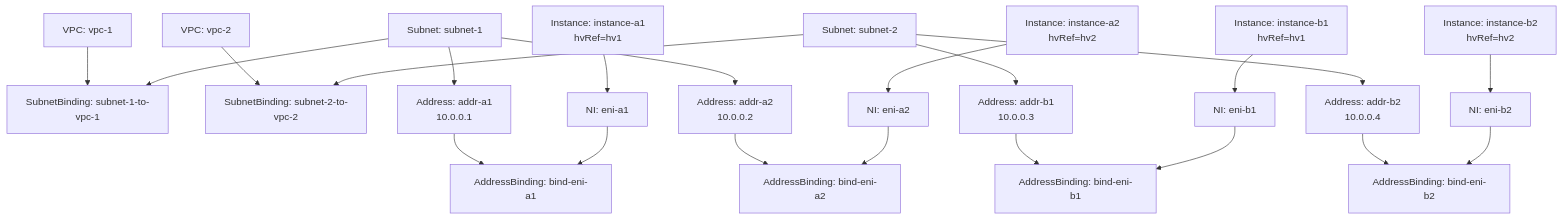
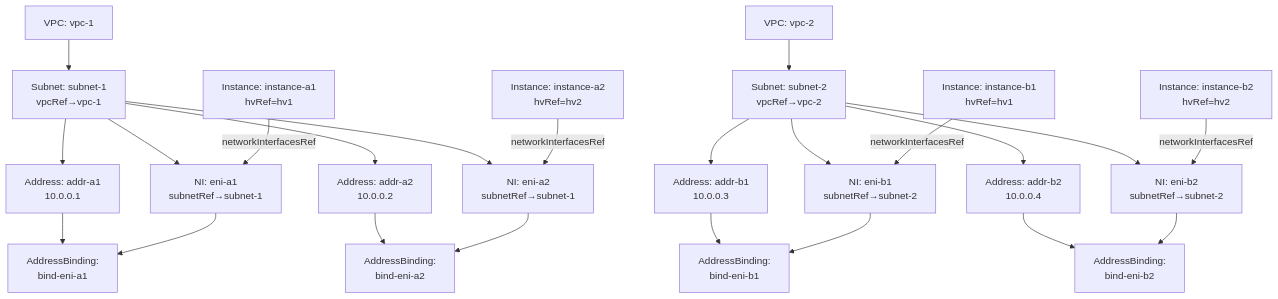
The diagram in API-MOCK.md (PRO-Robotech/in-cloud-vpc), drawn with Mermaid before and after one commit. The commit also changed other lines of this file and 52 other files, not shown here.

````diff
--- a/API-MOCK.md
+++ b/API-MOCK.md
@@ -53,26 +51,29 @@
 ```mermaid
 graph TD
-  VPC1["VPC: vpc-1"] --> SB1["SubnetBinding: subnet-1-to-vpc-1"]
-  S1["Subnet: subnet-1"] --> SB1
-  VPC2["VPC: vpc-2"] --> SB2["SubnetBinding: subnet-2-to-vpc-2"]
-  S2["Subnet: subnet-2"] --> SB2
+  VPC1["VPC: vpc-1"] --> S1["Subnet: subnet-1<br/>vpcRef→vpc-1"]
+  VPC2["VPC: vpc-2"] --> S2["Subnet: subnet-2<br/>vpcRef→vpc-2"]
 
-  IA1["Instance: instance-a1<br/>hvRef=hv1"] --> NI_A1["NI: eni-a1"]
-  IB1["Instance: instance-b1<br/>hvRef=hv1"] --> NI_B1["NI: eni-b1"]
-  IA2["Instance: instance-a2<br/>hvRef=hv2"] --> NI_A2["NI: eni-a2"]
-  IB2["Instance: instance-b2<br/>hvRef=hv2"] --> NI_B2["NI: eni-b2"]
+  S1 --> NI_A1["NI: eni-a1<br/>subnetRef→subnet-1"]
+  S1 --> NI_A2["NI: eni-a2<br/>subnetRef→subnet-1"]
+  S2 --> NI_B1["NI: eni-b1<br/>subnetRef→subnet-2"]
+  S2 --> NI_B2["NI: eni-b2<br/>subnetRef→subnet-2"]
 
   S1 --> ADDR_A1["Address: addr-a1<br/>10.0.0.1"]
   S1 --> ADDR_A2["Address: addr-a2<br/>10.0.0.2"]
   S2 --> ADDR_B1["Address: addr-b1<br/>10.0.0.3"]
   S2 --> ADDR_B2["Address: addr-b2<br/>10.0.0.4"]
 
-  ADDR_A1 --> AB_A1["AddressBinding: bind-eni-a1"]
+  ADDR_A1 --> AB_A1["AddressBinding:<br/>bind-eni-a1"]
   NI_A1 --> AB_A1
-  ADDR_A2 --> AB_A2["AddressBinding: bind-eni-a2"]
+  ADDR_A2 --> AB_A2["AddressBinding:<br/>bind-eni-a2"]
   NI_A2 --> AB_A2
-  ADDR_B1 --> AB_B1["AddressBinding: bind-eni-b1"]
+  ADDR_B1 --> AB_B1["AddressBinding:<br/>bind-eni-b1"]
   NI_B1 --> AB_B1
-  ADDR_B2 --> AB_B2["AddressBinding: bind-eni-b2"]
+  ADDR_B2 --> AB_B2["AddressBinding:<br/>bind-eni-b2"]
   NI_B2 --> AB_B2
+
+  IA1["Instance: instance-a1<br/>hvRef=hv1"] -->|networkInterfacesRef| NI_A1
+  IB1["Instance: instance-b1<br/>hvRef=hv1"] -->|networkInterfacesRef| NI_B1
+  IA2["Instance: instance-a2<br/>hvRef=hv2"] -->|networkInterfacesRef| NI_A2
+  IB2["Instance: instance-b2<br/>hvRef=hv2"] -->|networkInterfacesRef| NI_B2
 ```
````
